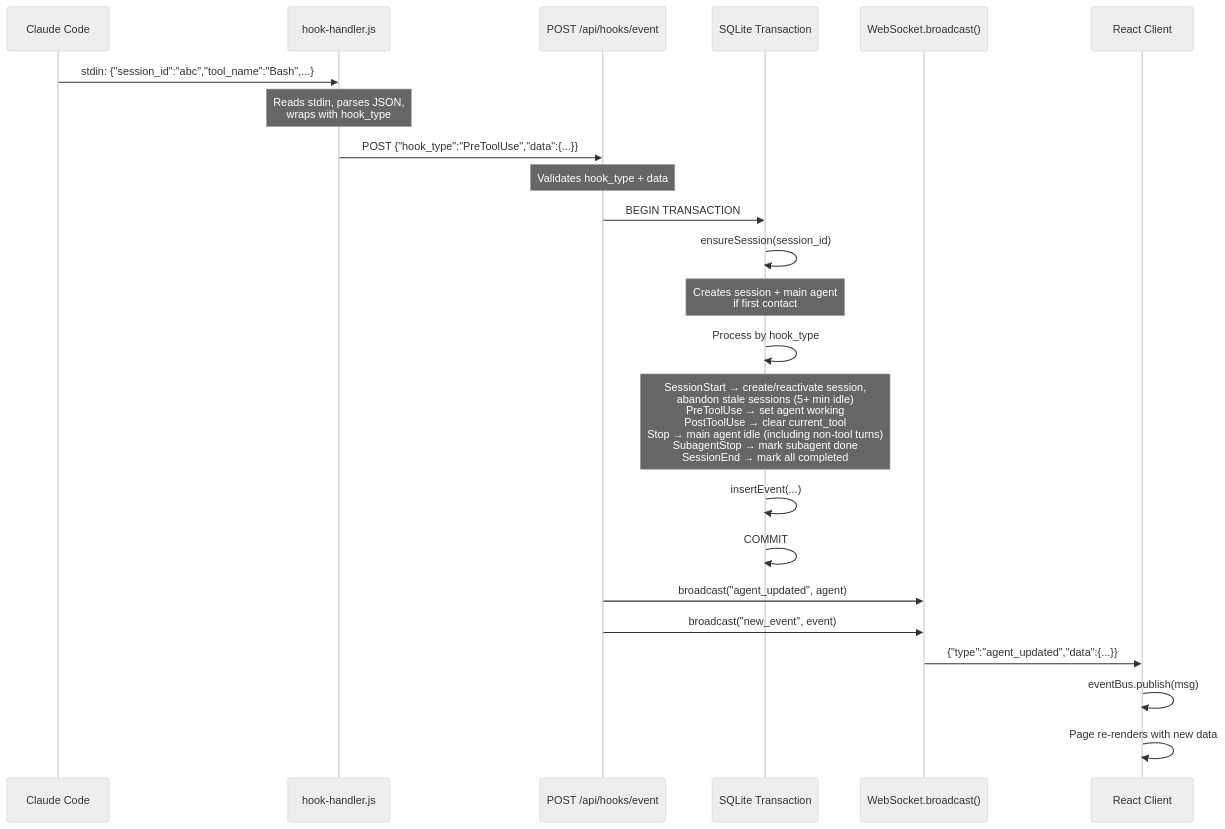
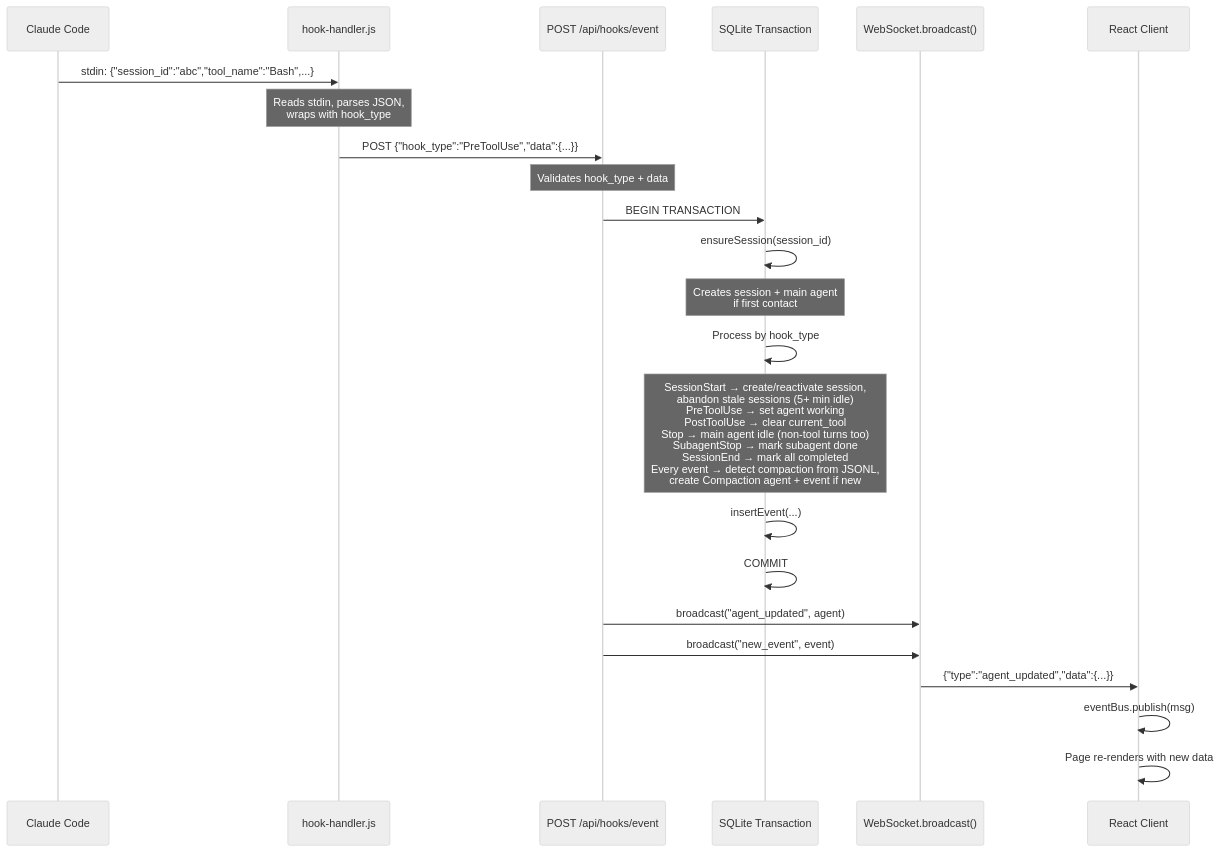
One commit to mirkanu/gsd-dashboard changed the third of 22 diagrams in ARCHITECTURE.md. Above: the diagram before and after it, drawn with Mermaid (neutral theme). The commit also changed other lines of this file and 11 other files, not shown here.

First line of the commit message:
feat: enhance compaction tracking and agent management across the system

````diff
--- a/ARCHITECTURE.md
+++ b/ARCHITECTURE.md
@@ -142,32 +142,32 @@
 ```mermaid
 sequenceDiagram
     participant CC as Claude Code
     participant HH as hook-handler.js
     participant API as POST /api/hooks/event
     participant TX as SQLite Transaction
     participant WS as WebSocket.broadcast()
     participant UI as React Client
 
     CC->>HH: stdin: {"session_id":"abc","tool_name":"Bash",...}
     Note over HH: Reads stdin, parses JSON,<br/>wraps with hook_type
 
     HH->>API: POST {"hook_type":"PreToolUse","data":{...}}
     Note over API: Validates hook_type + data
 
     API->>TX: BEGIN TRANSACTION
     TX->>TX: ensureSession(session_id)
     Note over TX: Creates session + main agent<br/>if first contact
 
     TX->>TX: Process by hook_type
-    Note over TX: SessionStart → create/reactivate session,<br/>abandon stale sessions (5+ min idle)<br/>PreToolUse → set agent working<br/>PostToolUse → clear current_tool<br/>Stop → main agent idle (including non-tool turns)<br/>SubagentStop → mark subagent done<br/>SessionEnd → mark all completed
+    Note over TX: SessionStart → create/reactivate session,<br/>abandon stale sessions (5+ min idle)<br/>PreToolUse → set agent working<br/>PostToolUse → clear current_tool<br/>Stop → main agent idle (non-tool turns too)<br/>SubagentStop → mark subagent done<br/>SessionEnd → mark all completed<br/>Every event → detect compaction from JSONL,<br/>create Compaction agent + event if new
 
     TX->>TX: insertEvent(...)
     TX->>TX: COMMIT
 
     API->>WS: broadcast("agent_updated", agent)
     API->>WS: broadcast("new_event", event)
 
     WS->>UI: {"type":"agent_updated","data":{...}}
     UI->>UI: eventBus.publish(msg)
     UI->>UI: Page re-renders with new data
 ```
````
